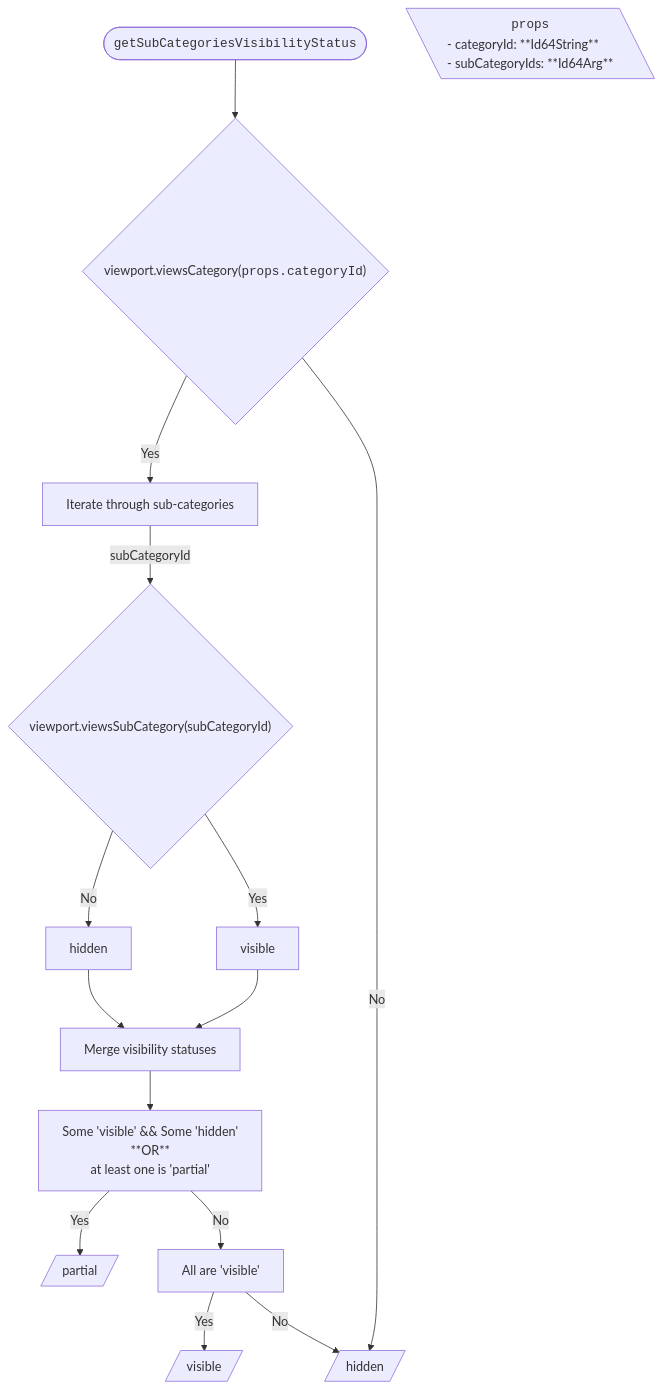
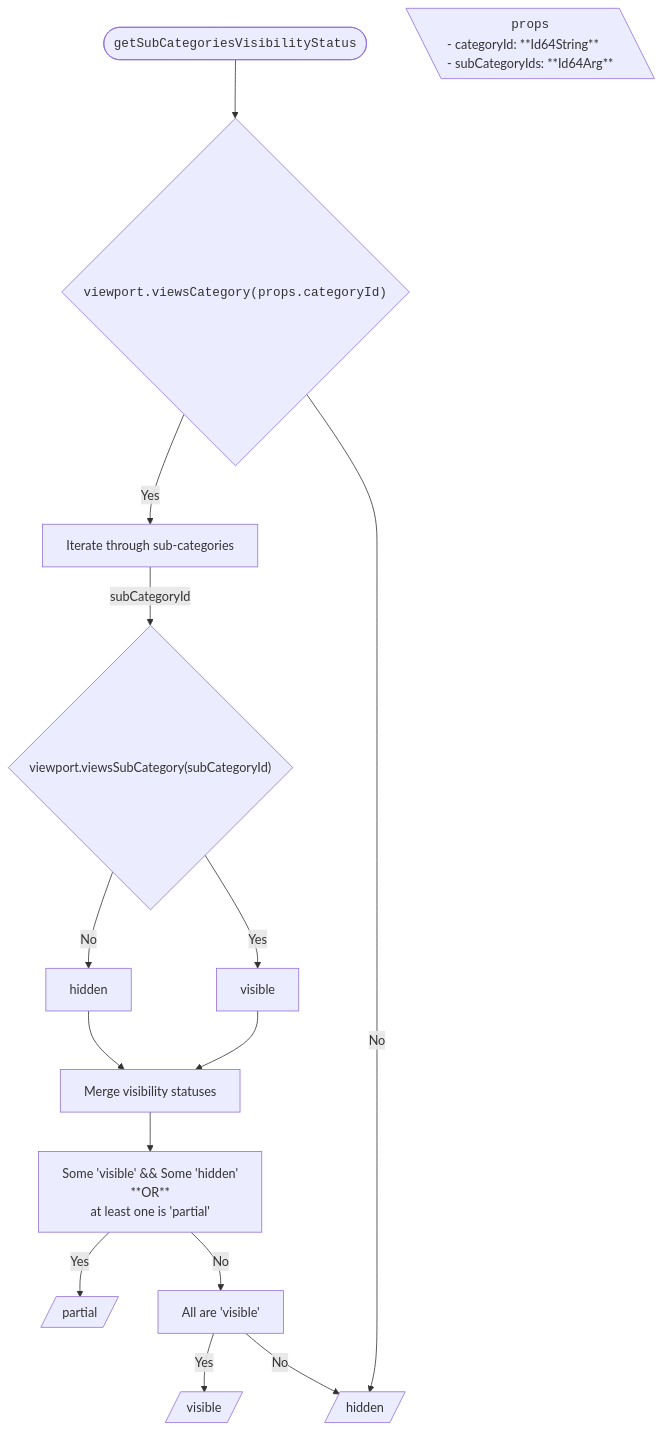
The first of 6 diagrams in packages/itwin/tree-widget/docs/SharedVisibilityHandling.md (iTwin/viewer-components-react), drawn with Mermaid before and after one commit.

````diff
--- a/packages/itwin/tree-widget/docs/SharedVisibilityHandling.md
+++ b/packages/itwin/tree-widget/docs/SharedVisibilityHandling.md
@@ -23,44 +23,44 @@
 ```mermaid
 ---
 config:
   flowchart:
     wrappingWidth: 750
     useMaxWidth: false
 ---
 
 flowchart TD
   RESULT_Partial[/partial/]
   RESULT_Visible[/visible/]
   RESULT_Hidden[/hidden/]
 
   %% Start
-  TITLE(["<code>getSubCategoriesVisibilityStatus</code>"]) --> A{"viewport.viewsCategory(<code>props.categoryId</code>)"}
+  TITLE(["<code>getSubCategoriesVisibilityStatus</code>"]) --> A{"<code>viewport.viewsCategory(props.categoryId)</code>"}
 
   PROPS[\"
     <code>props</code>
     <div style='text-align: left;'>- categoryId: **Id64String** <br/> - subCategoryIds: **Id64Arg** </div>
   "\]
 
   %% Branch No
   A -- No --> RESULT_Hidden
 
   %% Branch Yes
   A -- Yes --> B["Iterate through sub-categories"]
   B -- subCategoryId --> C{"viewport.viewsSubCategory(subCategoryId)"}
   C -- Yes -->  D1[visible]
   C -- No -->  D2[hidden]
 
   %% Merge
   D1 --> M[Merge visibility statuses]
   D2 --> M
 
   M --> N[Some 'visible' && Some 'hidden' <br/> **OR** <br/> at least one is 'partial']
 
   %% Results
   N -- Yes --> RESULT_Partial
 
   N -- No --> O[All are 'visible']
 
   O -- Yes --> RESULT_Visible
   O -- No --> RESULT_Hidden
 ```
````
